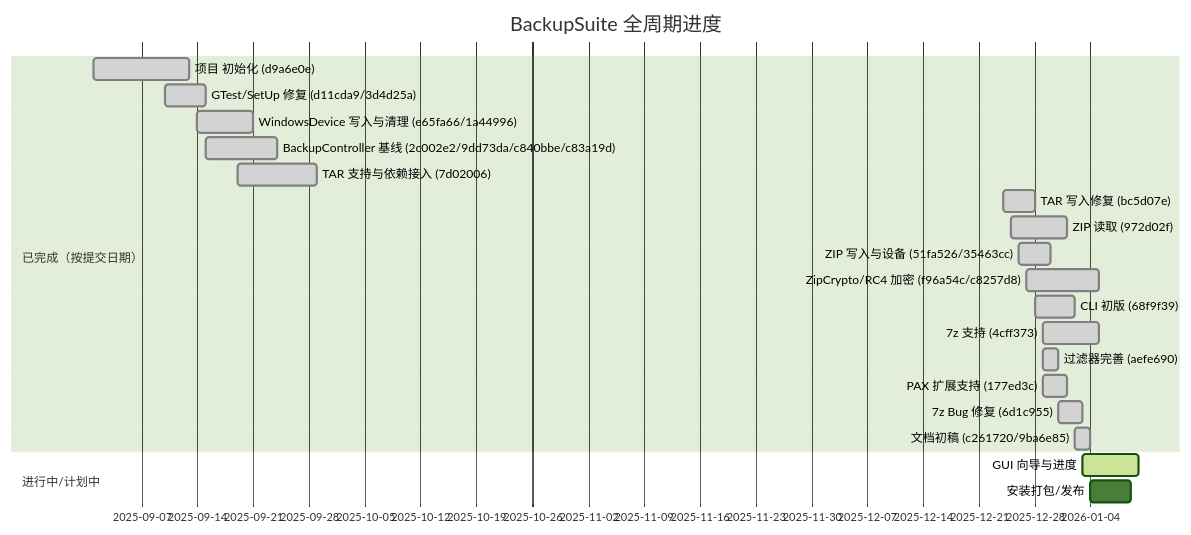
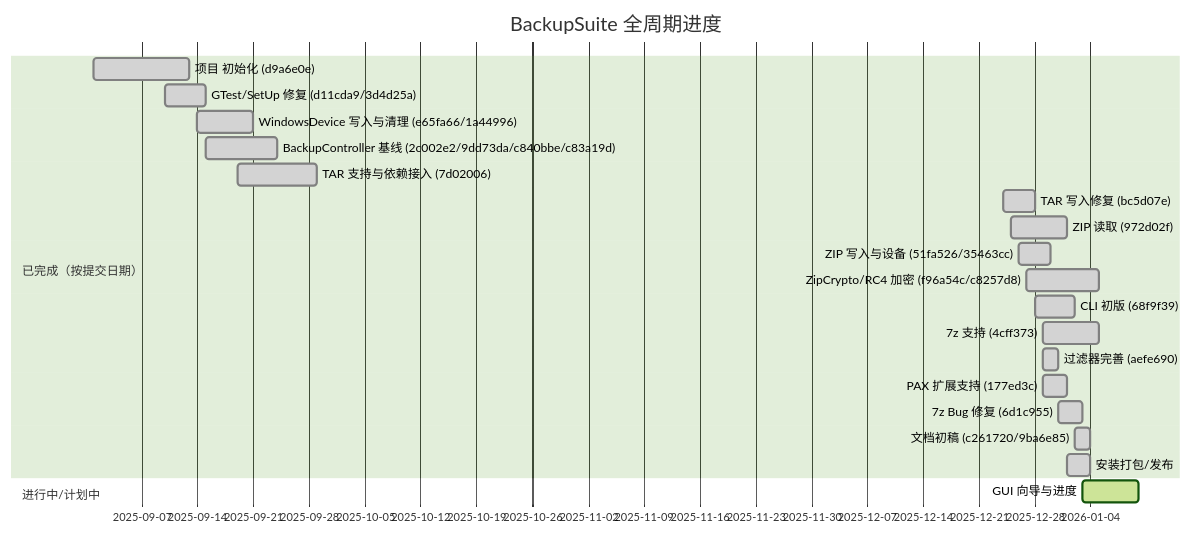
One commit to YinChenming/backup-suite changed the fourth of 4 diagrams in docs/需求分析说明书.md. Above: the diagram before and after it, drawn with Mermaid (forest theme). The commit also changed 2 other files, not shown here.

Commit message:
更新github actions

````diff
--- a/docs/需求分析说明书.md
+++ b/docs/需求分析说明书.md
@@ -208,24 +208,24 @@
 ```mermaid
 gantt
   dateFormat  YYYY-MM-DD
   title BackupSuite 全周期进度
   section 已完成（按提交日期）
   项目 初始化 (d9a6e0e)          :done, 2025-09-01, 12d
   GTest/SetUp 修复 (d11cda9/3d4d25a) :done, 2025-09-10, 5d
   WindowsDevice 写入与清理 (e65fa66/1a44996) :done, 2025-09-14, 7d
   BackupController 基线 (2c002e2/9dd73da/c840bbe/c83a19d) :done, 2025-09-15, 9d
   TAR 支持与依赖接入 (7d02006)    :done, 2025-09-19, 10d
   TAR 写入修复 (bc5d07e)          :done, 2025-12-24, 4d
   ZIP 读取 (972d02f)              :done, 2025-12-25, 7d
   ZIP 写入与设备 (51fa526/35463cc) :done, 2025-12-26, 4d
   ZipCrypto/RC4 加密 (f96a54c/c8257d8) :done, 2025-12-27, 9d
   CLI 初版 (68f9f39)              :done, 2025-12-28, 5d
   7z 支持 (4cff373)               :done, 2025-12-29, 7d
   过滤器完善 (aefe690)            :done, 2025-12-29, 2d
   PAX 扩展支持 (177ed3c)          :done, 2025-12-29, 3d
   7z Bug 修复 (6d1c955)           :done, 2025-12-31, 3d
   文档初稿 (c261720/9ba6e85)      :done, 2026-01-02, 2d
+  安装打包/发布                    :done, 2026-01-01, 3d
   section 进行中/计划中
   GUI 向导与进度                 :active, 2026-01-03, 7d
-  安装打包/发布                  :after GUI 向导与进度, 5d
 ```
````
